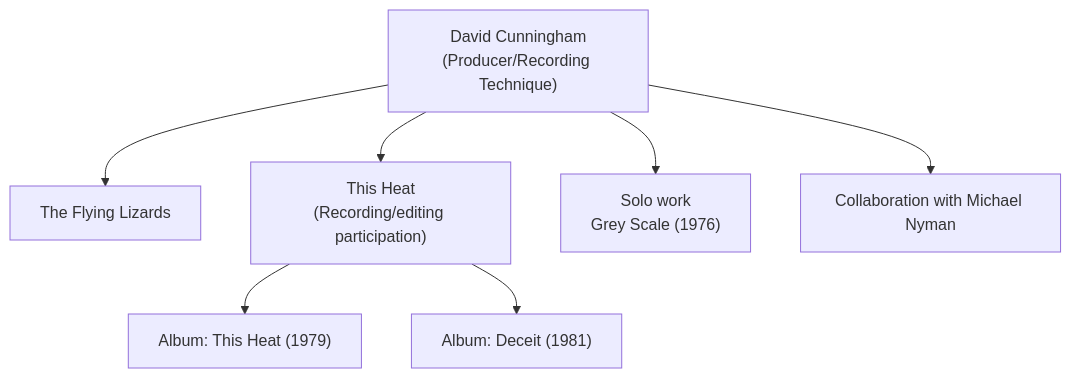
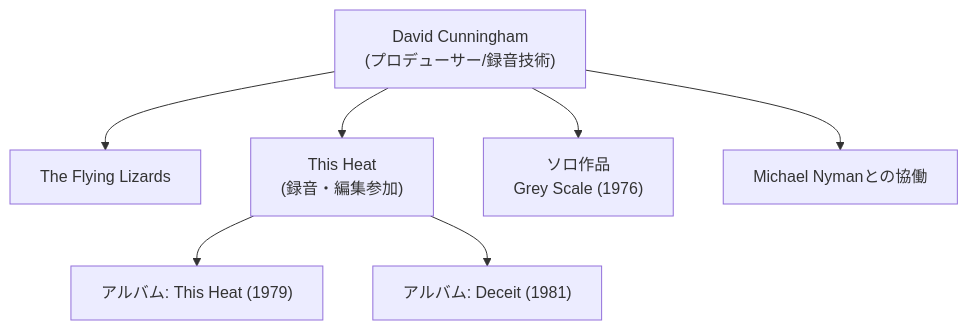
Before and after one commit to monumental-movement/monumental-movement.github.io: the diagram in en/_posts/2025-09-27-Column-David-Cunningham-This-Heat.md, drawn with Mermaid. The commit also changed other lines of this file and 2196 other files, not shown here.

```diff
--- a/en/_posts/2025-09-27-Column-David-Cunningham-This-Heat.md
+++ b/en/_posts/2025-09-27-Column-David-Cunningham-This-Heat.md
@@ -163,9 +162,9 @@
 <div class="mermaid">
 flowchart TD
-    A["David Cunningham<br>(Producer/Recording Technique)"] --> B["The Flying Lizards"]
-    A --> C["This Heat<br>(Recording/editing participation)"]
-    C --> D["Album: This Heat (1979)"]
-    C --> E["Album: Deceit (1981)"]
-    A --> F["Solo work<br>Grey Scale (1976)"]
-    A --> G["Collaboration with Michael Nyman"]
+    A["David Cunningham<br>(プロデューサー/録音技術)"] --> B["The Flying Lizards"]
+    A --> C["This Heat<br>(録音・編集参加)"]
+    C --> D["アルバム: This Heat (1979)"]
+    C --> E["アルバム: Deceit (1981)"]
+    A --> F["ソロ作品<br>Grey Scale (1976)"]
+    A --> G["Michael Nymanとの協働"]
 </div>
```
